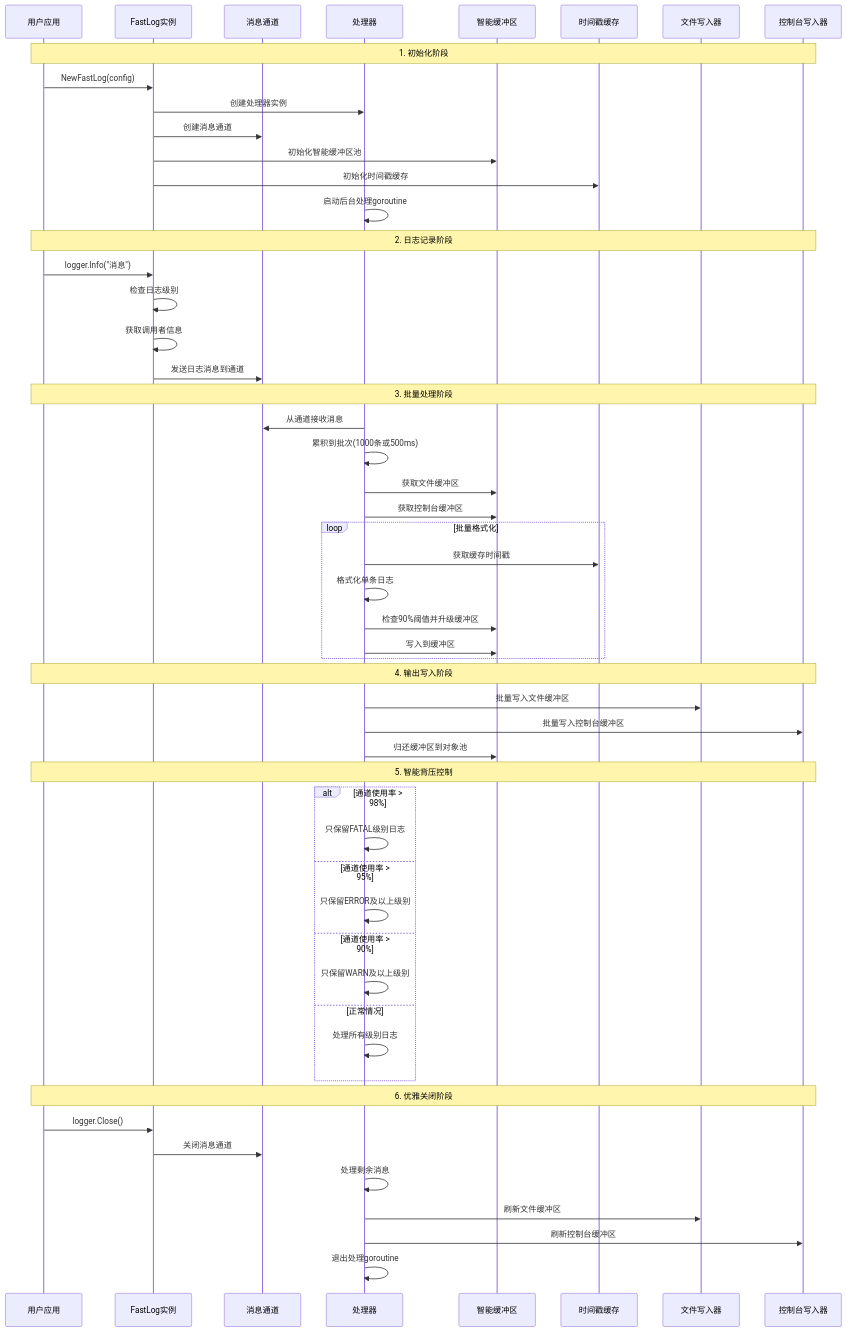
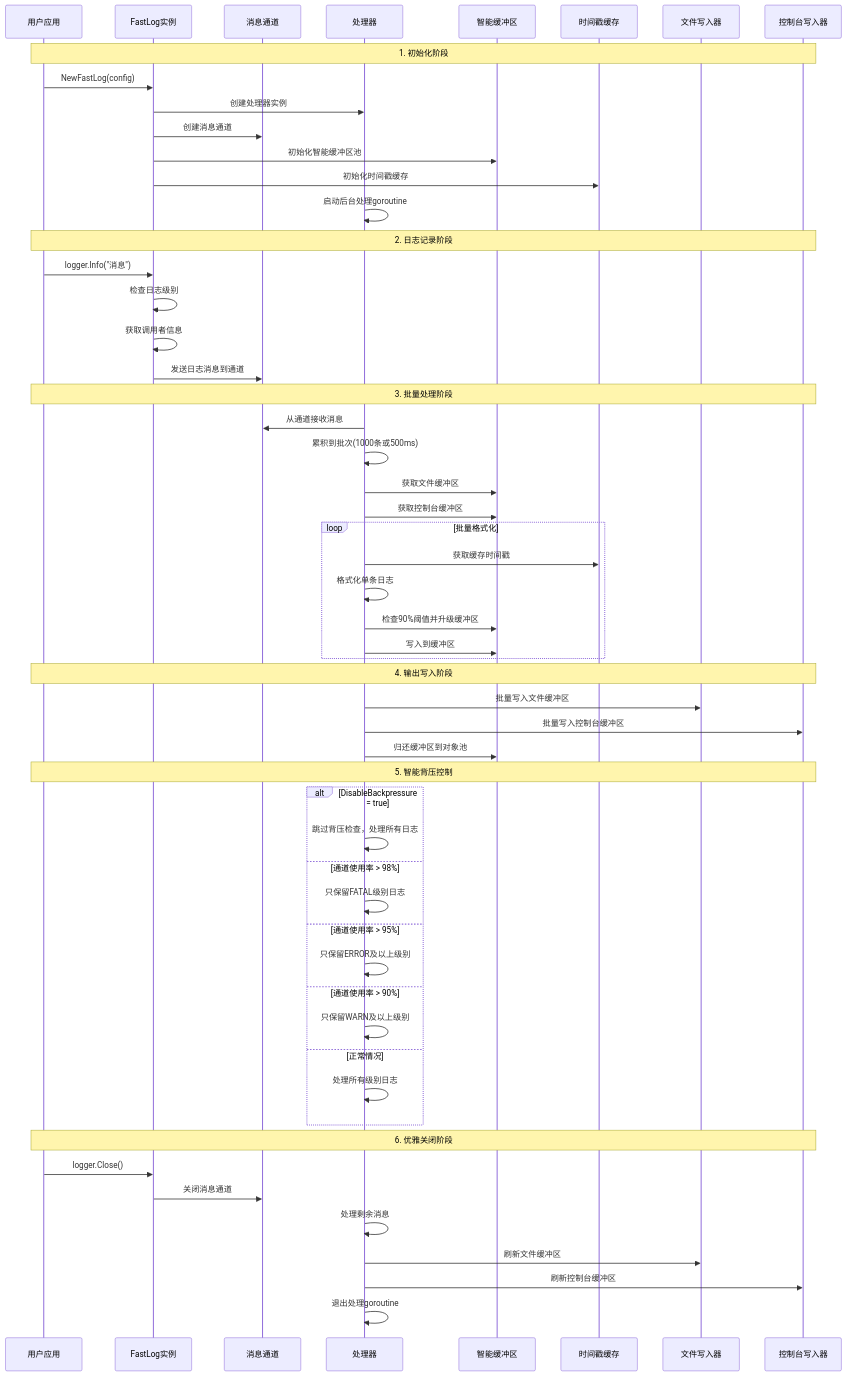
One commit to QiaoMuDe/fastlog changed the second of 2 diagrams in APIDOC.md. Above: the diagram before and after it, drawn with Mermaid. The commit also changed other lines of this file and 4 other files, not shown here.

First line of the commit message:
feat(config): 新增 DisableBackpressure 配置项以控制背压机制

````diff
--- a/APIDOC.md
+++ b/APIDOC.md
@@ -100,62 +100,64 @@
 ```mermaid
 sequenceDiagram
     participant U as 用户应用
     participant FL as FastLog实例
     participant CH as 消息通道
     participant P as 处理器
     participant SB as 智能缓冲区
     participant TC as 时间戳缓存
     participant FW as 文件写入器
     participant CW as 控制台写入器
     
     Note over U,CW: 1. 初始化阶段
     U->>FL: NewFastLog(config)
     FL->>P: 创建处理器实例
     FL->>CH: 创建消息通道
     FL->>SB: 初始化智能缓冲区池
     FL->>TC: 初始化时间戳缓存
     P->>P: 启动后台处理goroutine
     
     Note over U,CW: 2. 日志记录阶段
     U->>FL: logger.Info("消息")
     FL->>FL: 检查日志级别
     FL->>FL: 获取调用者信息
     FL->>CH: 发送日志消息到通道
     
     Note over U,CW: 3. 批量处理阶段
     P->>CH: 从通道接收消息
     P->>P: 累积到批次(1000条或500ms)
     P->>SB: 获取文件缓冲区
     P->>SB: 获取控制台缓冲区
     
     loop 批量格式化
         P->>TC: 获取缓存时间戳
         P->>P: 格式化单条日志
         P->>SB: 检查90%阈值并升级缓冲区
         P->>SB: 写入到缓冲区
     end
     
     Note over U,CW: 4. 输出写入阶段
     P->>FW: 批量写入文件缓冲区
     P->>CW: 批量写入控制台缓冲区
     P->>SB: 归还缓冲区到对象池
     
     Note over U,CW: 5. 智能背压控制
-    alt 通道使用率 > 98%
+    alt DisableBackpressure = true
+        P->>P: 跳过背压检查，处理所有日志
+    else 通道使用率 > 98%
         P->>P: 只保留FATAL级别日志
     else 通道使用率 > 95%
         P->>P: 只保留ERROR及以上级别
     else 通道使用率 > 90%
         P->>P: 只保留WARN及以上级别
     else 正常情况
         P->>P: 处理所有级别日志
     end
     
     Note over U,CW: 6. 优雅关闭阶段
     U->>FL: logger.Close()
     FL->>CH: 关闭消息通道
     P->>P: 处理剩余消息
     P->>FW: 刷新文件缓冲区
     P->>CW: 刷新控制台缓冲区
     P->>P: 退出处理goroutine
 ```
````
